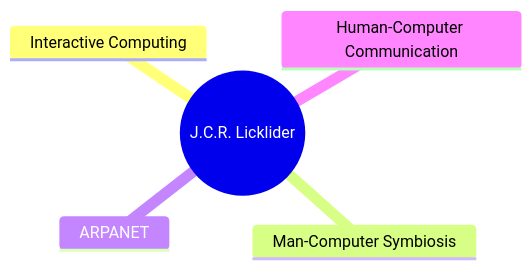
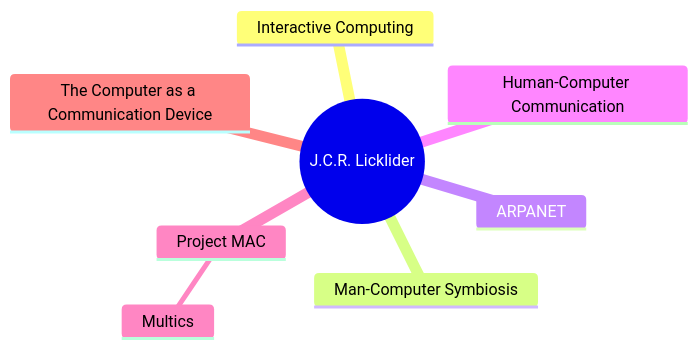
Before and after one commit to Furkanzmc/cppnorth-2024-shoulders-we-stand-on: diagram 16 of 17 in pages/furkan.md, drawn with Mermaid. The commit also changed other lines of this file and 16 other files, not shown here.

````diff
--- a/pages/furkan.md
+++ b/pages/furkan.md
@@ -692,8 +696,11 @@
 ```mermaid
 mindmap
   root((J.C.R. Licklider))
     Interactive Computing
     Man-Computer Symbiosis
     ARPANET
     Human-Computer Communication
+    Project MAC
+      Multics
+    The Computer as a Communication Device
 ```
````
